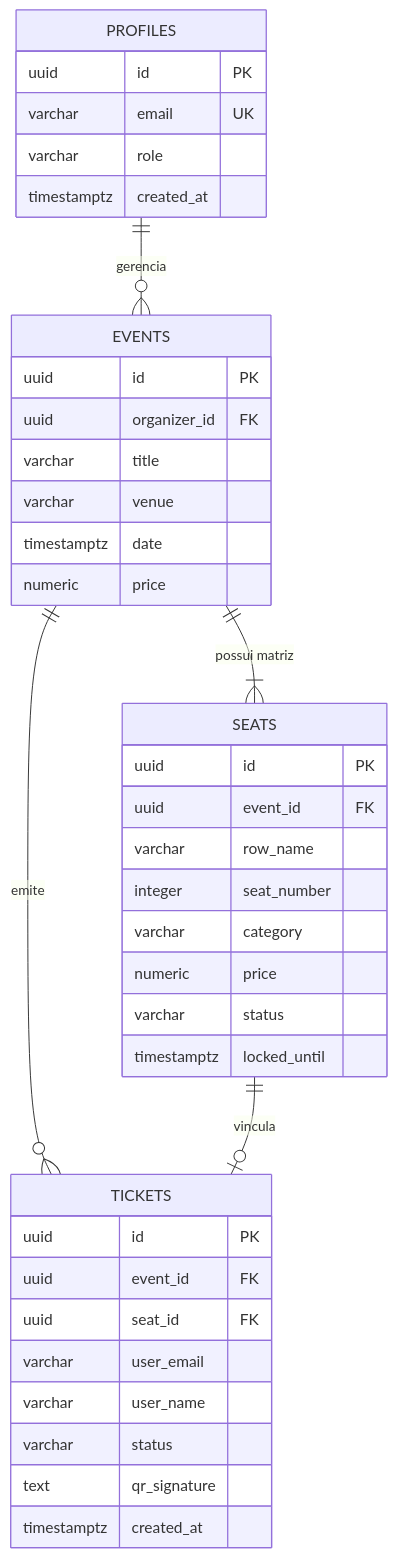
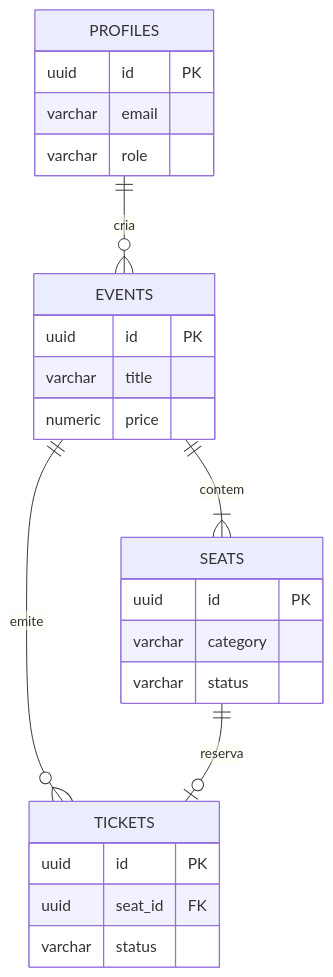
Before and after one commit to RafalauriSantos/desafio-elite-dev: the diagram in README.md, drawn with Mermaid.

Commit message:
docs: simplify ERD diagram in README to essential core fields

````diff
--- a/README.md
+++ b/README.md
@@ -54,45 +54,28 @@
 ```mermaid
 erDiagram
-    PROFILES ||--o{ EVENTS : "gerencia"
-    EVENTS ||--|{ SEATS : "possui matriz"
-    EVENTS ||--o{ TICKETS : "emite"
-    SEATS ||--o| TICKETS : "vincula"
+    PROFILES ||--o{ EVENTS : cria
+    EVENTS ||--|{ SEATS : contem
+    EVENTS ||--o{ TICKETS : emite
+    SEATS ||--o| TICKETS : reserva
 
     PROFILES {
         uuid id PK
-        varchar email UK
+        varchar email
         varchar role
-        timestamptz created_at
     }
-
     EVENTS {
         uuid id PK
-        uuid organizer_id FK
         varchar title
-        varchar venue
-        timestamptz date
         numeric price
     }
-
     SEATS {
         uuid id PK
-        uuid event_id FK
-        varchar row_name
-        integer seat_number
         varchar category
-        numeric price
         varchar status
-        timestamptz locked_until
     }
-
     TICKETS {
         uuid id PK
-        uuid event_id FK
         uuid seat_id FK
-        varchar user_email
-        varchar user_name
         varchar status
-        text qr_signature
-        timestamptz created_at
     }
 ```
````
